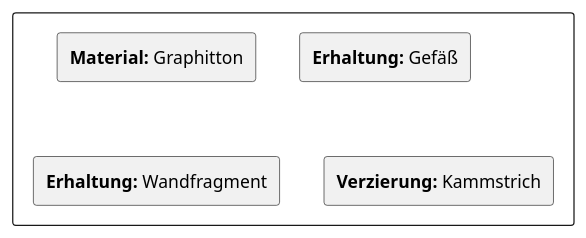
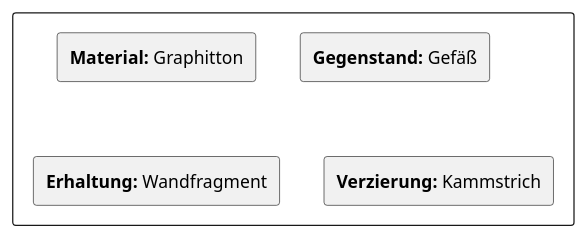
One commit to robertgruening/munins-archiv changed the first of 3 diagrams in doc/Benutzerhandbuch.md. Above: the diagram before and after it, drawn with PlantUML.

Commit message:
Textfehler korrigiert

```diff
--- a/doc/Benutzerhandbuch.md
+++ b/doc/Benutzerhandbuch.md
@@ -85,8 +85,8 @@
 @startuml
 rectangle {
 rectangle "**Material:** Graphitton"
-rectangle "**Erhaltung:** Gefäß"
+rectangle "**Gegenstand:** Gefäß"
 rectangle "**Erhaltung:** Wandfragment"
 rectangle "**Verzierung:** Kammstrich"
 }
 @enduml
```
